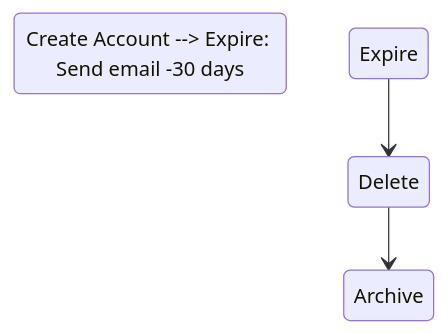
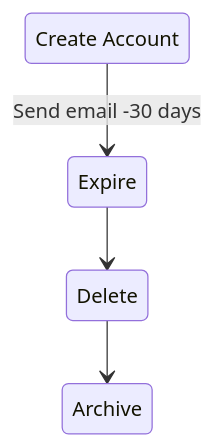
Before and after one commit to gferhpc/supercomputing.tue.nl: the diagram in pages/documentation/administration/users.md, drawn with Mermaid.

````diff
--- a/pages/documentation/administration/users.md
+++ b/pages/documentation/administration/users.md
@@ -92,7 +92,8 @@
 ```mermaid
 stateDiagram
-    s1: Create Account --> Expire: Send email -30 days
+    s1: Create Account
+    s1 --> Expire: Send email -30 days
     Expire --> Delete
     Delete --> Archive
 
 ``` 
````
